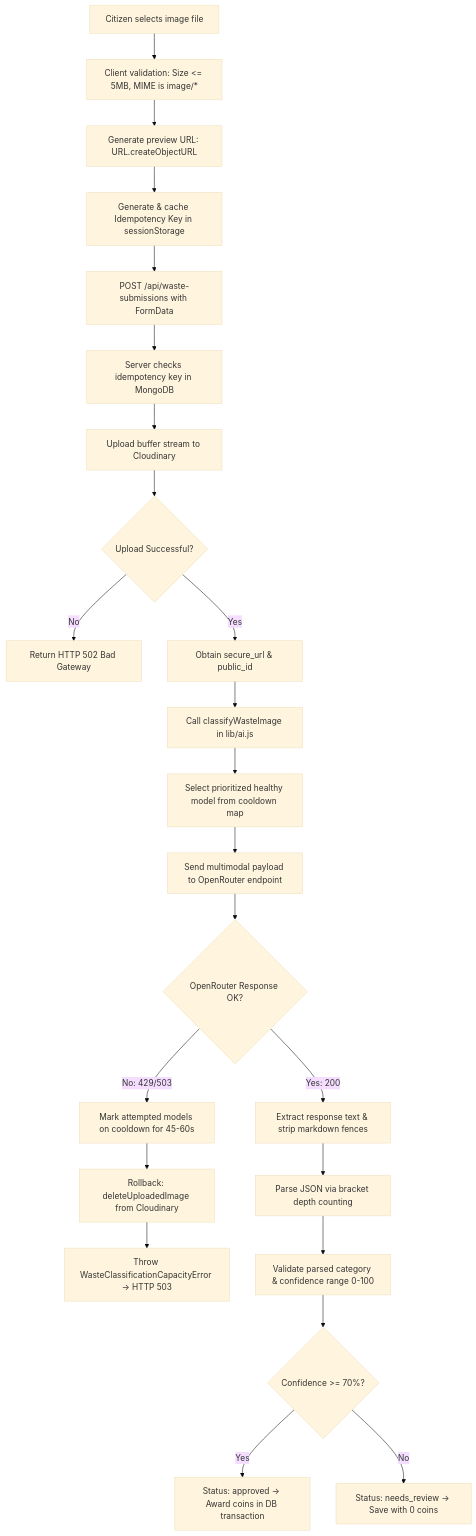
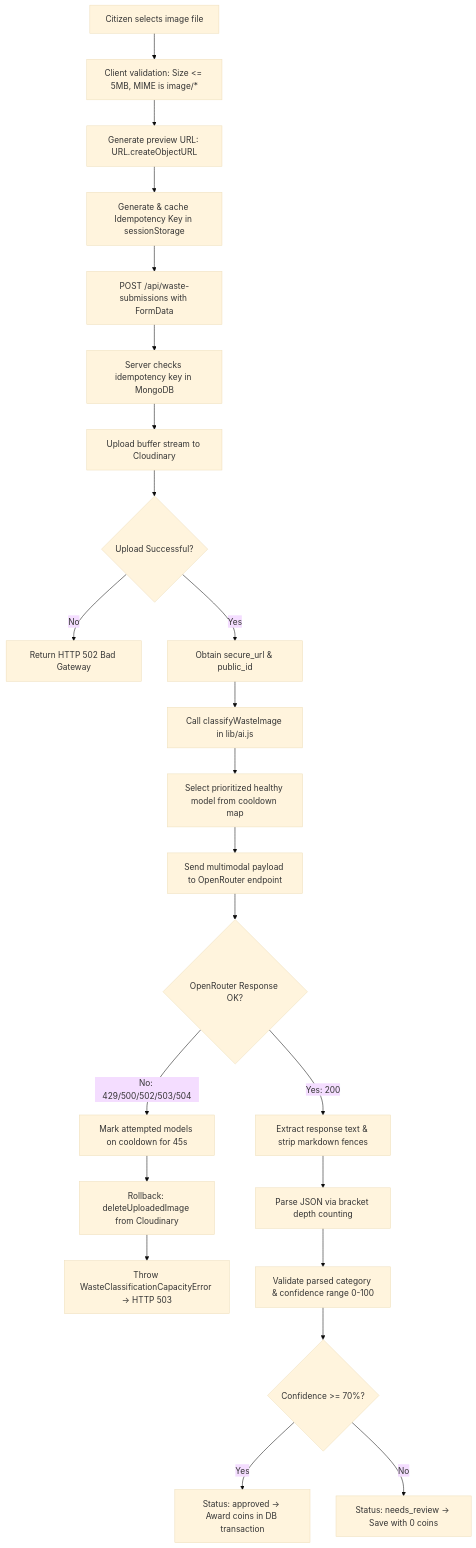
Before and after one commit to Atrocious7/Green-Waste: the diagram in project-learning-guide/08-ai-and-cloudinary-pipeline.md, drawn with Mermaid (base theme). The commit also changed other lines of this file and 23 other files, not shown here.

````diff
--- a/project-learning-guide/08-ai-and-cloudinary-pipeline.md
+++ b/project-learning-guide/08-ai-and-cloudinary-pipeline.md
@@ -9,25 +9,25 @@
 ```mermaid
 graph TD
     A[Citizen selects image file] --> B[Client validation: Size <= 5MB, MIME is image/*]
     B --> C[Generate preview URL: URL.createObjectURL]
     C --> D[Generate & cache Idempotency Key in sessionStorage]
     D --> E[POST /api/waste-submissions with FormData]
     E --> F[Server checks idempotency key in MongoDB]
     F --> G[Upload buffer stream to Cloudinary]
     G --> H{Upload Successful?}
     H -- No --> I[Return HTTP 502 Bad Gateway]
     H -- Yes --> J[Obtain secure_url & public_id]
     J --> K[Call classifyWasteImage in lib/ai.js]
     K --> L[Select prioritized healthy model from cooldown map]
     L --> M[Send multimodal payload to OpenRouter endpoint]
     M --> N{OpenRouter Response OK?}
-    N -- No: 429/503 --> O[Mark attempted models on cooldown for 45-60s]
+    N -- No: 429/500/502/503/504 --> O[Mark attempted models on cooldown for 45s]
     O --> P[Rollback: deleteUploadedImage from Cloudinary]
     P --> Q[Throw WasteClassificationCapacityError -> HTTP 503]
     N -- Yes: 200 --> R[Extract response text & strip markdown fences]
     R --> S[Parse JSON via bracket depth counting]
     S --> T[Validate parsed category & confidence range 0-100]
     T --> U{Confidence >= 70%?}
     U -- Yes --> V[Status: approved -> Award coins in DB transaction]
     U -- No --> W[Status: needs_review -> Save with 0 coins]
 ```
````
